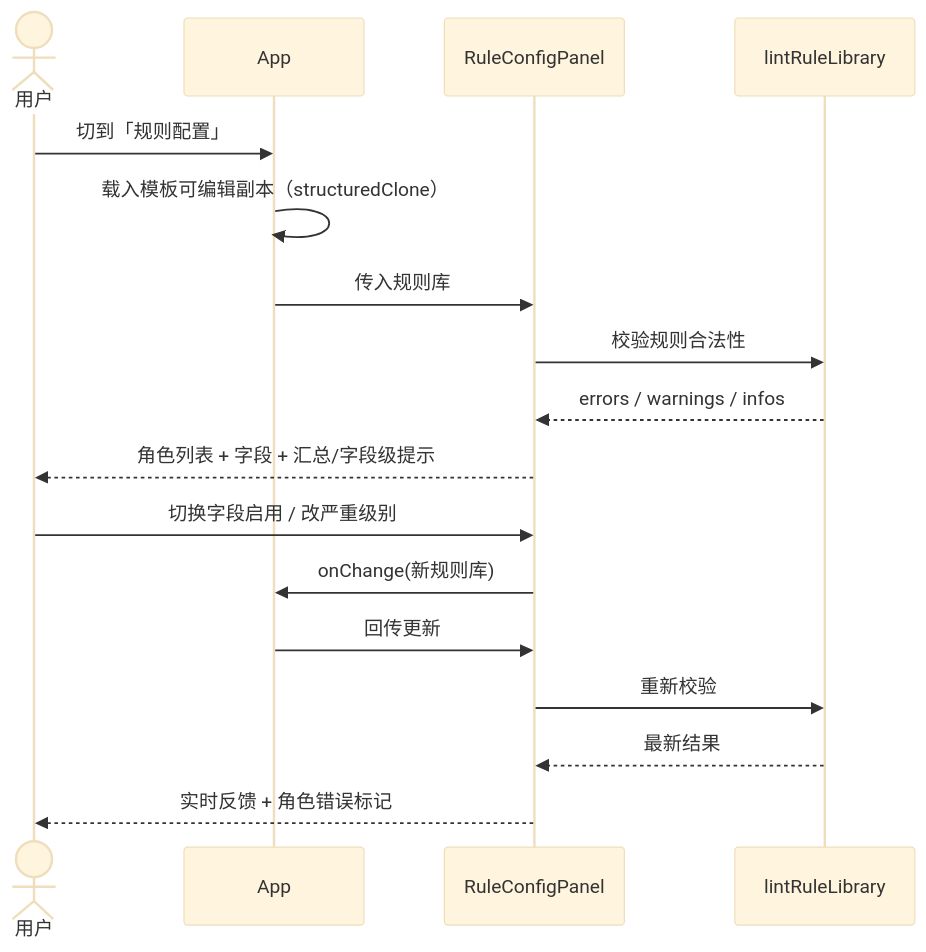
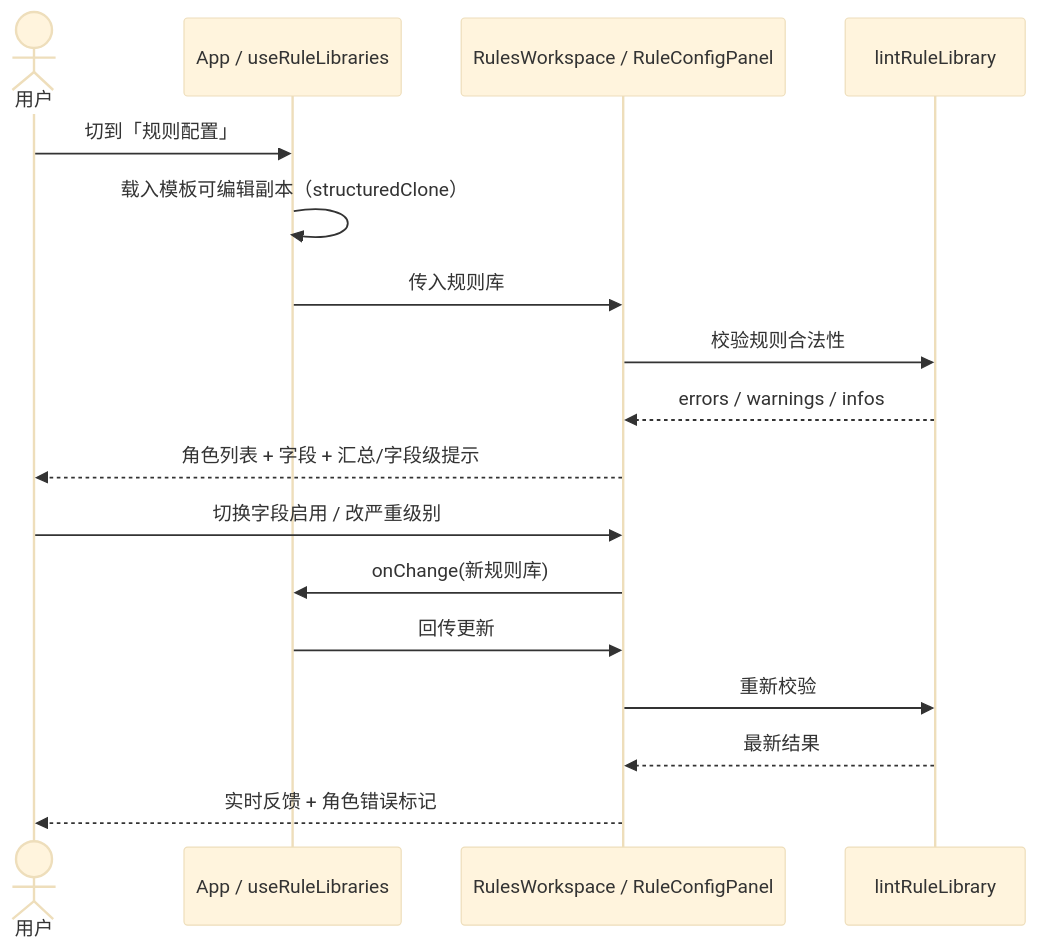
Before and after one commit to Tuh553/word-auto: the sixth of 12 diagrams in docs/2026-06-10-feature-sequence-diagrams.md, drawn with Mermaid (base theme). The commit also changed other lines of this file and 31 other files, not shown here.

````diff
--- a/docs/2026-06-10-feature-sequence-diagrams.md
+++ b/docs/2026-06-10-feature-sequence-diagrams.md
@@ -199,20 +200,20 @@
 ```mermaid
 sequenceDiagram
     actor U as 用户
-    participant A as App
-    participant P as RuleConfigPanel
+    participant A as App / useRuleLibraries
+    participant P as RulesWorkspace / RuleConfigPanel
     participant L as lintRuleLibrary
 
     U->>A: 切到「规则配置」
     A->>A: 载入模板可编辑副本（structuredClone）
     A->>P: 传入规则库
     P->>L: 校验规则合法性
     L-->>P: errors / warnings / infos
     P-->>U: 角色列表 + 字段 + 汇总/字段级提示
     U->>P: 切换字段启用 / 改严重级别
     P->>A: onChange(新规则库)
     A->>P: 回传更新
     P->>L: 重新校验
     L-->>P: 最新结果
     P-->>U: 实时反馈 + 角色错误标记
 ```
````
